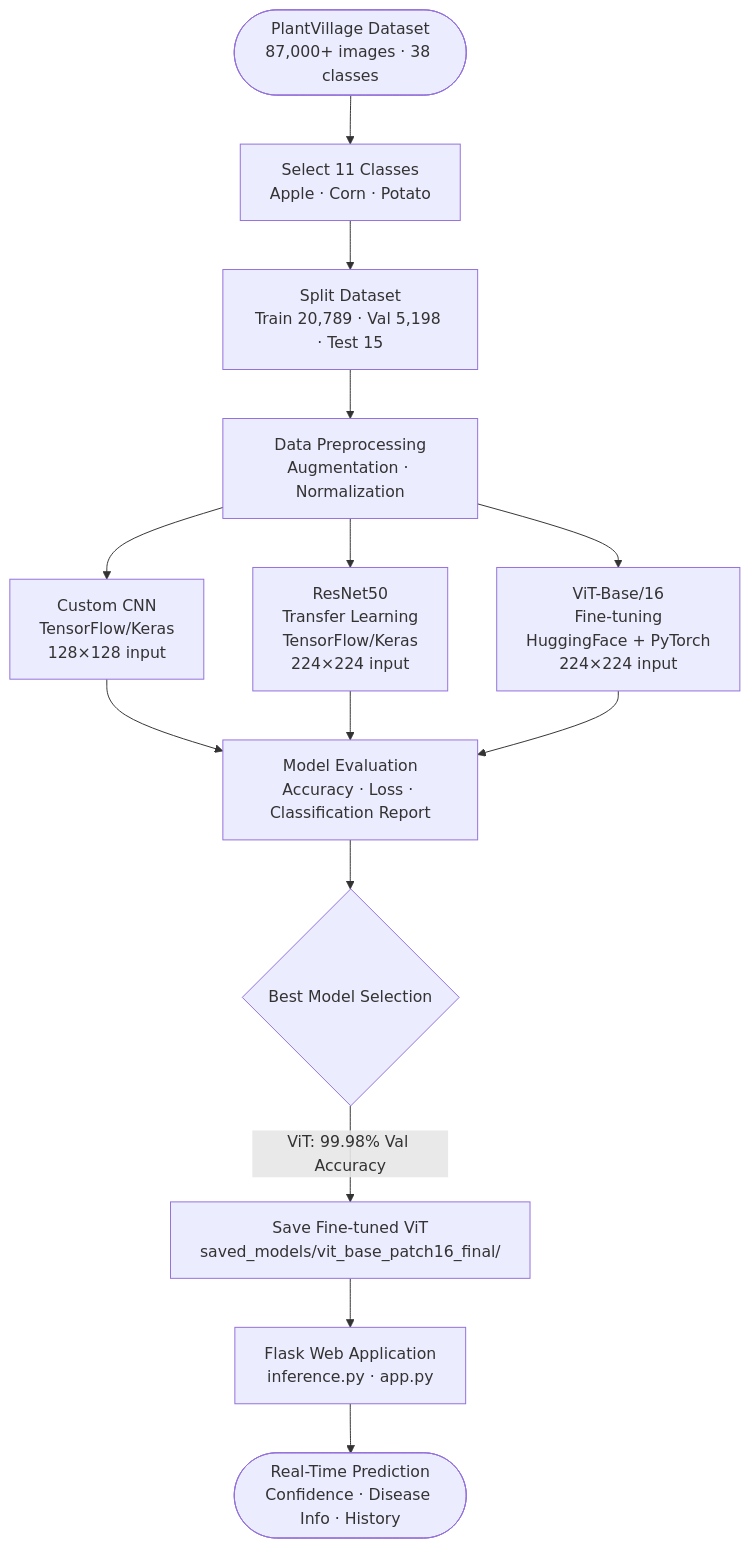
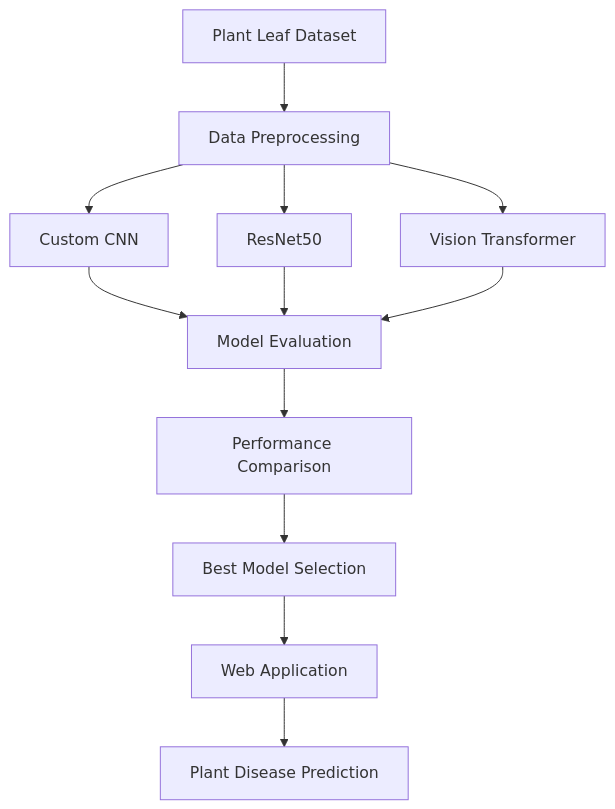
Before and after one commit to ugutkarsh06-bits/PhytoGuard: the diagram in README.md, drawn with Mermaid. The commit also changed other lines of this file, not shown here.

````diff
--- a/README.md
+++ b/README.md
@@ -34,16 +34,21 @@
 ```mermaid
 flowchart TD
-    A([PlantVillage Dataset<br/>87,000+ images · 38 classes]) --> B[Select 11 Classes<br/>Apple · Corn · Potato]
-    B --> C[Split Dataset<br/>Train 20,789 · Val 5,198 · Test 15]
-    C --> D[Data Preprocessing<br/>Augmentation · Normalization]
-    D --> E1[Custom CNN<br/>TensorFlow/Keras<br/>128×128 input]
-    D --> E2[ResNet50<br/>Transfer Learning<br/>TensorFlow/Keras<br/>224×224 input]
-    D --> E3[ViT-Base/16<br/>Fine-tuning<br/>HuggingFace + PyTorch<br/>224×224 input]
-    E1 --> F[Model Evaluation<br/>Accuracy · Loss · Classification Report]
-    E2 --> F
-    E3 --> F
-    F --> G{Best Model Selection}
-    G -->|ViT: 99.98% Val Accuracy| H[Save Fine-tuned ViT<br/>saved_models/vit_base_patch16_final/]
-    H --> I[Flask Web Application<br/>inference.py · app.py]
-    I --> J([Real-Time Prediction<br/>Confidence · Disease Info · History])
+    A[Plant Leaf Dataset]
+    --> B[Data Preprocessing]
+
+    B --> C1[Custom CNN]
+    B --> C2[ResNet50]
+    B --> C3[Vision Transformer]
+
+    C1 --> D[Model Evaluation]
+    C2 --> D
+    C3 --> D
+
+    D --> E[Performance Comparison]
+
+    E --> F[Best Model Selection]
+
+    F --> G[Web Application]
+
+    G --> H[Plant Disease Prediction]
 ```
````
